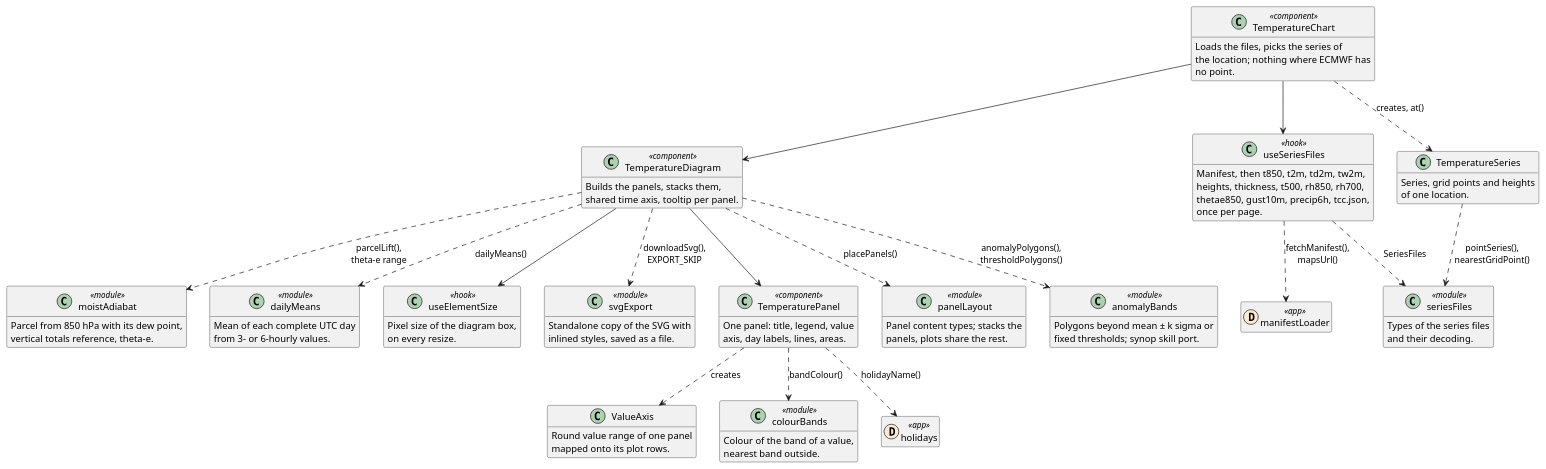
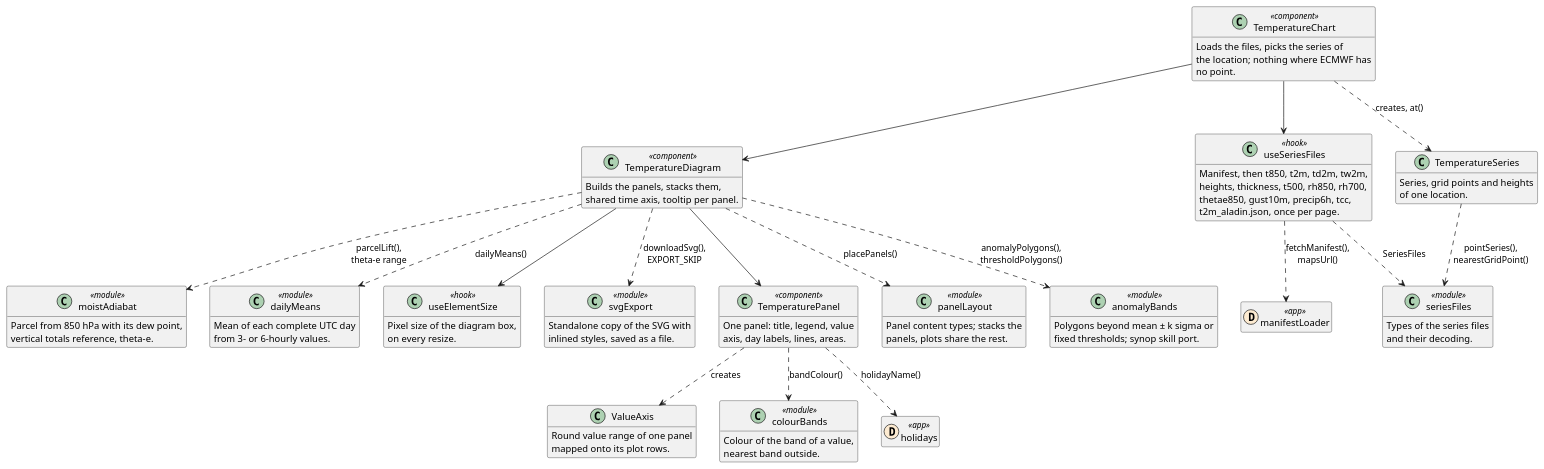
One commit to schletz/wetterkartenviewer changed the second of 4 diagrams in REFERENCE.webapp.md. Above: the diagram before and after it, drawn with PlantUML. The commit also changed other lines of this file and 52 other files, not shown here.

````diff
--- a/REFERENCE.webapp.md
+++ b/REFERENCE.webapp.md
@@ -173,82 +173,82 @@
 ```plantuml
 @startuml temperature
 hide empty members
 class TemperatureChart <<component>> {
  Loads the files, picks the series of
  the location; nothing where ECMWF has
  no point.
 }
 class TemperatureDiagram <<component>> {
  Builds the panels, stacks them,
  shared time axis, tooltip per panel.
 }
 class TemperaturePanel <<component>> {
  One panel: title, legend, value
  axis, day labels, lines, areas.
 }
 class useSeriesFiles <<hook>> {
  Manifest, then t850, t2m, td2m, tw2m,
  heights, thickness, t500, rh850, rh700,
- thetae850, gust10m, precip6h, tcc.json,
- once per page.
+ thetae850, gust10m, precip6h, tcc,
+ t2m_aladin.json, once per page.
 }
 class TemperatureSeries {
  Series, grid points and heights
  of one location.
 }
 class panelLayout <<module>> {
  Panel content types; stacks the
  panels, plots share the rest.
 }
 class ValueAxis {
  Round value range of one panel
  mapped onto its plot rows.
 }
 class anomalyBands <<module>> {
  Polygons beyond mean ± k sigma or
  fixed thresholds; synop skill port.
 }
 class moistAdiabat <<module>> {
  Parcel from 850 hPa with its dew point,
  vertical totals reference, theta-e.
 }
 class dailyMeans <<module>> {
  Mean of each complete UTC day
  from 3- or 6-hourly values.
 }
 class colourBands <<module>> {
  Colour of the band of a value,
  nearest band outside.
 }
 class seriesFiles <<module>> {
  Types of the series files
  and their decoding.
 }
 class useElementSize <<hook>> {
  Pixel size of the diagram box,
  on every resize.
 }
 class svgExport <<module>> {
  Standalone copy of the SVG with
  inlined styles, saved as a file.
 }
 class manifestLoader << (D,#fdebd1) app >>
 class holidays << (D,#fdebd1) app >>
 TemperatureChart --> useSeriesFiles
 TemperatureChart ..> TemperatureSeries : creates, at()
 TemperatureChart --> TemperatureDiagram
 useSeriesFiles ..> manifestLoader : fetchManifest(),\nmapsUrl()
 useSeriesFiles ..> seriesFiles : SeriesFiles
 TemperatureSeries ..> seriesFiles : pointSeries(),\nnearestGridPoint()
 TemperatureDiagram ..> panelLayout : placePanels()
 TemperatureDiagram ..> anomalyBands : anomalyPolygons(),\nthresholdPolygons()
 TemperatureDiagram ..> moistAdiabat : parcelLift(),\ntheta-e range
 TemperatureDiagram ..> dailyMeans : dailyMeans()
 TemperatureDiagram --> TemperaturePanel
 TemperatureDiagram --> useElementSize
 TemperatureDiagram ..> svgExport : downloadSvg(),\nEXPORT_SKIP
 TemperaturePanel ..> ValueAxis : creates
 TemperaturePanel ..> holidays : holidayName()
 TemperaturePanel ..> colourBands : bandColour()
 @enduml
 ```
````
